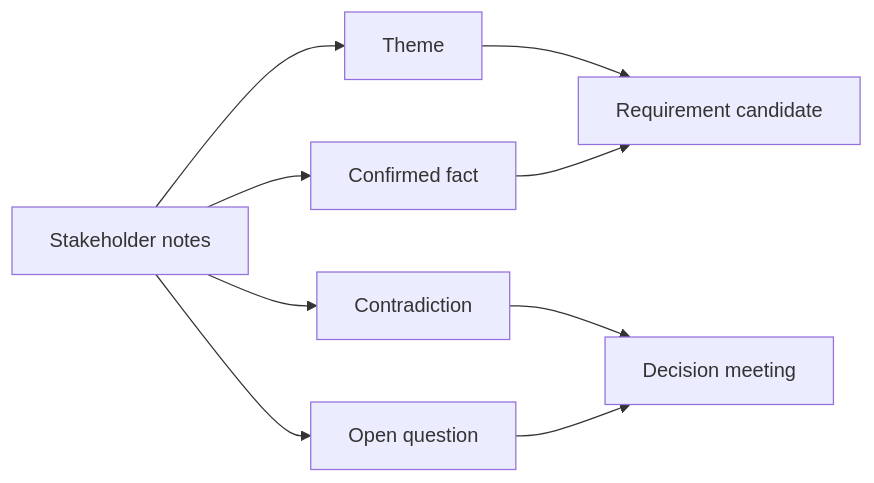
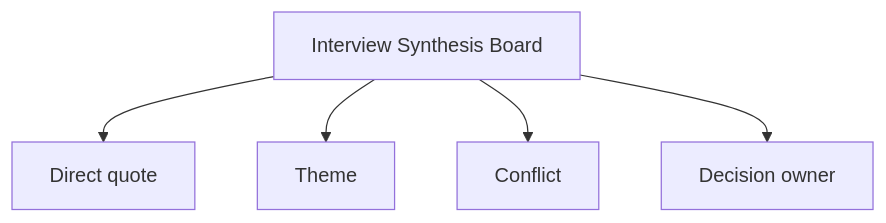
Before and after one commit to anhtnt90dev/ai-for-ba: the second of 2 diagrams in docs/vi/lessons/stakeholder-interviews-and-synthesis/index.md, drawn with Mermaid. The commit also changed other lines of this file and 40 other files, not shown here.

````diff
--- a/docs/vi/lessons/stakeholder-interviews-and-synthesis/index.md
+++ b/docs/vi/lessons/stakeholder-interviews-and-synthesis/index.md
@@ -68,11 +173,8 @@
 ```mermaid
-flowchart LR
-    A["Stakeholder notes"] --> B["Theme"]
-    A --> C["Confirmed fact"]
-    A --> D["Contradiction"]
-    A --> E["Open question"]
-    B --> F["Requirement candidate"]
-    C --> F
-    D --> G["Decision meeting"]
-    E --> G
+flowchart TD
+    A["Interview Synthesis Board"]
+    A --> B["Direct quote"]
+    A --> C["Theme"]
+    A --> D["Conflict"]
+    A --> E["Decision owner"]
 ```
````
